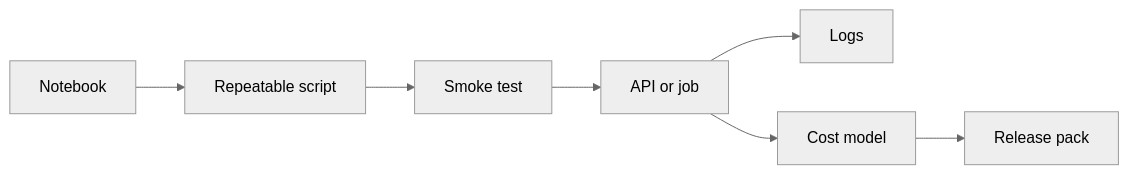
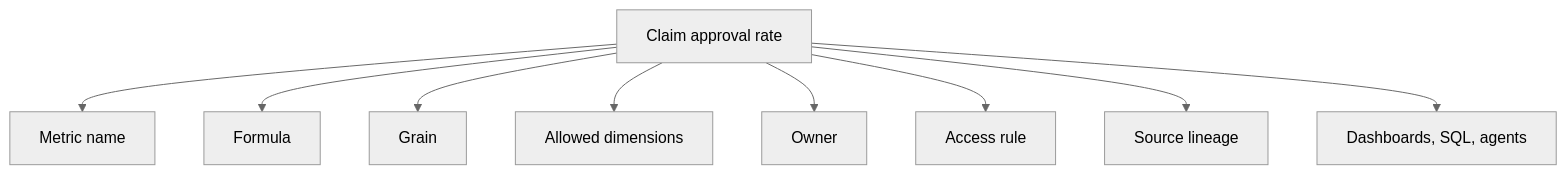
Before and after one commit to abhisheksaini333/datavalue-chain-revision-pack-daywise: the second of 12 diagrams in day4/end-of-day-revision-and-study-pack.md, drawn with Mermaid (neutral theme). The commit also changed other lines of this file, not shown here.

````diff
--- a/day4/end-of-day-revision-and-study-pack.md
+++ b/day4/end-of-day-revision-and-study-pack.md
@@ -82,9 +232,11 @@
 ```mermaid
-flowchart LR
-    Notebook[Notebook] --> Script[Repeatable script]
-    Script --> Test[Smoke test]
-    Test --> Service[API or job]
-    Service --> Logs[Logs]
-    Service --> Cost[Cost model]
-    Cost --> Release[Release pack]
+flowchart TD
+    Metric[Claim approval rate] --> Name[Metric name]
+    Metric --> Formula[Formula]
+    Metric --> Grain[Grain]
+    Metric --> Dimensions[Allowed dimensions]
+    Metric --> Owner[Owner]
+    Metric --> Access[Access rule]
+    Metric --> Lineage[Source lineage]
+    Metric --> Consumers[Dashboards, SQL, agents]
 ```
````
